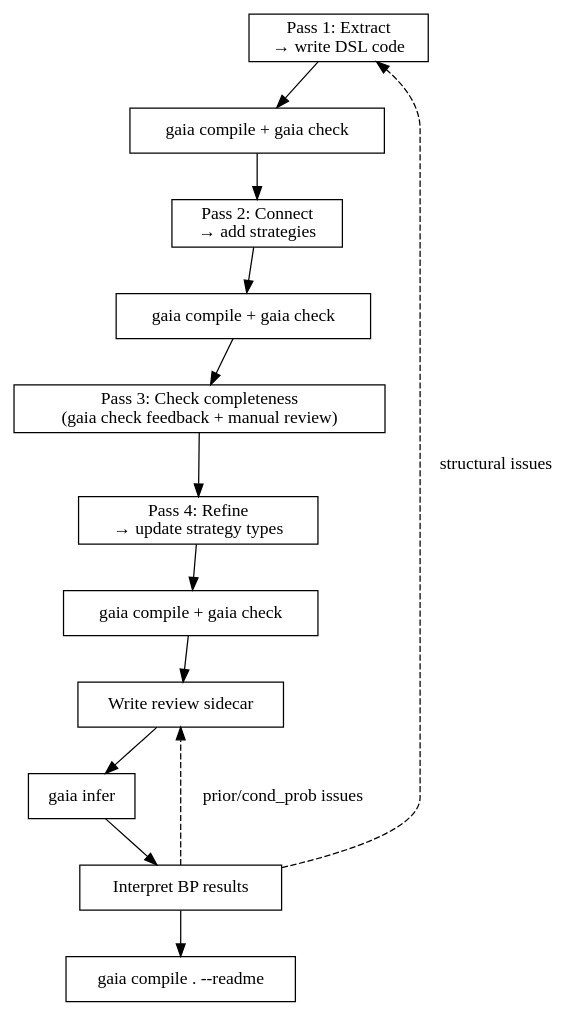
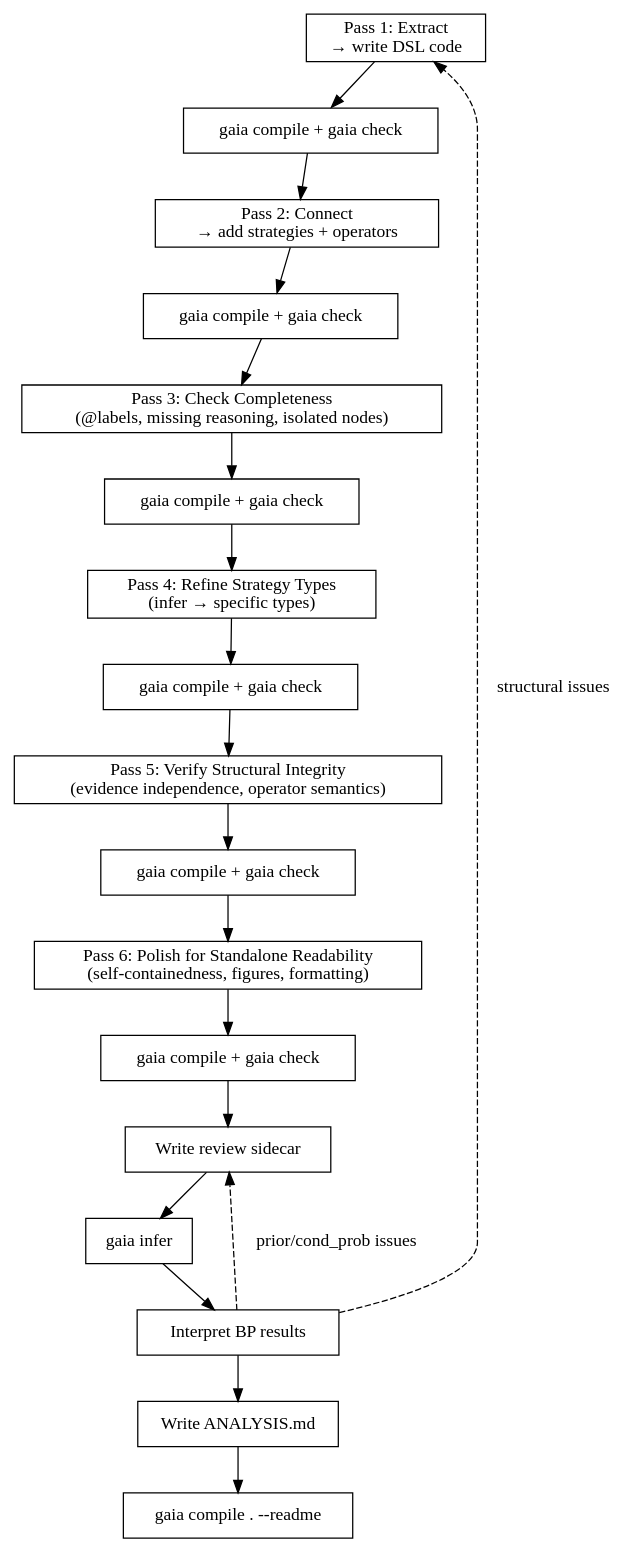
Before and after one commit to SiliconEinstein/Gaia: the first of 2 diagrams in skills/formalization/SKILL.md, drawn with Graphviz. The commit also changed other lines of this file, not shown here.

````diff
--- a/skills/formalization/SKILL.md
+++ b/skills/formalization/SKILL.md
@@ -18,23 +18,30 @@
 ```dot
 digraph formalization {
     rankdir=TB;
     node [shape=box];
 
     p1 [label="Pass 1: Extract\n→ write DSL code"];
     r1 [label="gaia compile + gaia check"];
-    p2 [label="Pass 2: Connect\n→ add strategies"];
+    p2 [label="Pass 2: Connect\n→ add strategies + operators"];
     r2 [label="gaia compile + gaia check"];
-    p3 [label="Pass 3: Check completeness\n(gaia check feedback + manual review)"];
-    p4 [label="Pass 4: Refine\n→ update strategy types"];
+    p3 [label="Pass 3: Check Completeness\n(@labels, missing reasoning, isolated nodes)"];
+    r3 [label="gaia compile + gaia check"];
+    p4 [label="Pass 4: Refine Strategy Types\n(infer → specific types)"];
     r4 [label="gaia compile + gaia check"];
+    p5 [label="Pass 5: Verify Structural Integrity\n(evidence independence, operator semantics)"];
+    r5 [label="gaia compile + gaia check"];
+    p6 [label="Pass 6: Polish for Standalone Readability\n(self-containedness, figures, formatting)"];
+    r6 [label="gaia compile + gaia check"];
     review [label="Write review sidecar"];
-    compile [label="gaia infer"];
+    infer [label="gaia infer"];
     interpret [label="Interpret BP results"];
+    analysis [label="Write ANALYSIS.md"];
     readme [label="gaia compile . --readme"];
 
-    p1 -> r1 -> p2 -> r2 -> p3 -> p4 -> r4 -> review -> compile -> interpret;
+    p1 -> r1 -> p2 -> r2 -> p3 -> r3 -> p4 -> r4 -> p5 -> r5 -> p6 -> r6;
+    r6 -> review -> infer -> interpret;
     interpret -> p1 [label="structural issues" style=dashed];
     interpret -> review [label="prior/cond_prob issues" style=dashed];
-    interpret -> readme;
+    interpret -> analysis -> readme;
 }
 ```
````
